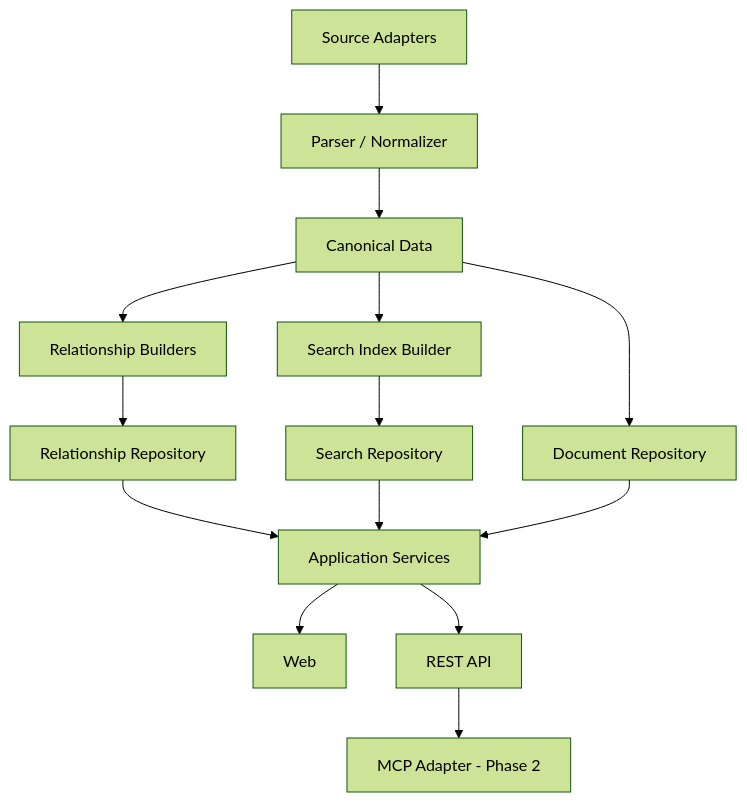
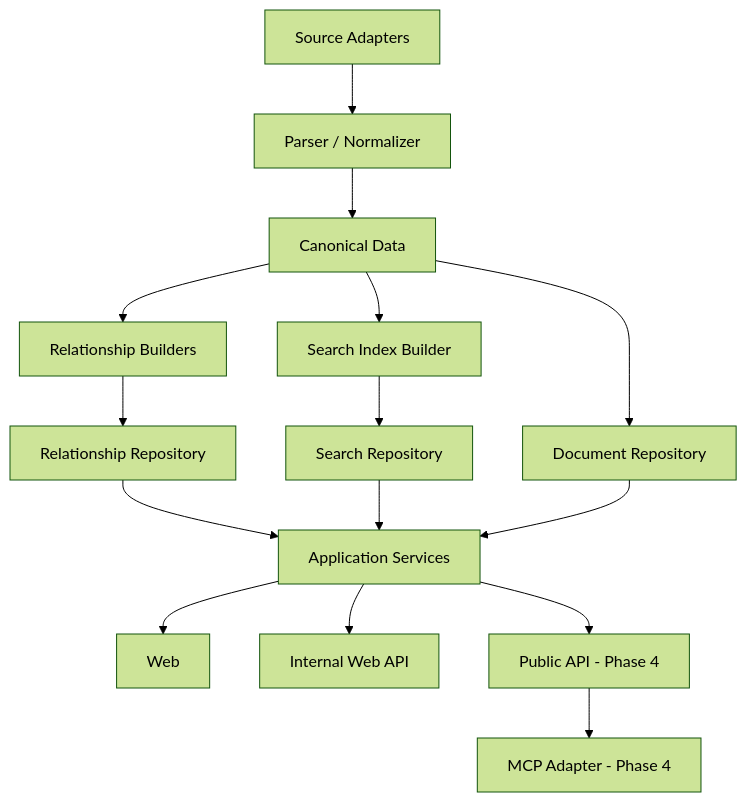
Before and after one commit to liyouqi/regulatory-knowledge-platform: the second of 2 diagrams in docs/regulatory_knowledge_platform_technical_architecture.md, drawn with Mermaid (forest theme). The commit also changed other lines of this file and 1 other file, not shown here.

Commit message:
docs: move public API and MCP to phase 4

````diff
--- a/docs/regulatory_knowledge_platform_technical_architecture.md
+++ b/docs/regulatory_knowledge_platform_technical_architecture.md
@@ -115,16 +117,17 @@
 ```mermaid
 flowchart TD
     A[Source Adapters] --> B[Parser / Normalizer]
     B --> C[Canonical Data]
     C --> D[Relationship Builders]
     C --> E[Search Index Builder]
     D --> F[Relationship Repository]
     E --> G[Search Repository]
     C --> H[Document Repository]
     F --> I[Application Services]
     G --> I
     H --> I
     I --> J[Web]
-    I --> K[REST API]
-    K --> L[MCP Adapter - Phase 2]
+    I --> K[Internal Web API]
+    I --> P[Public API - Phase 4]
+    P --> L[MCP Adapter - Phase 4]
 ```
````
